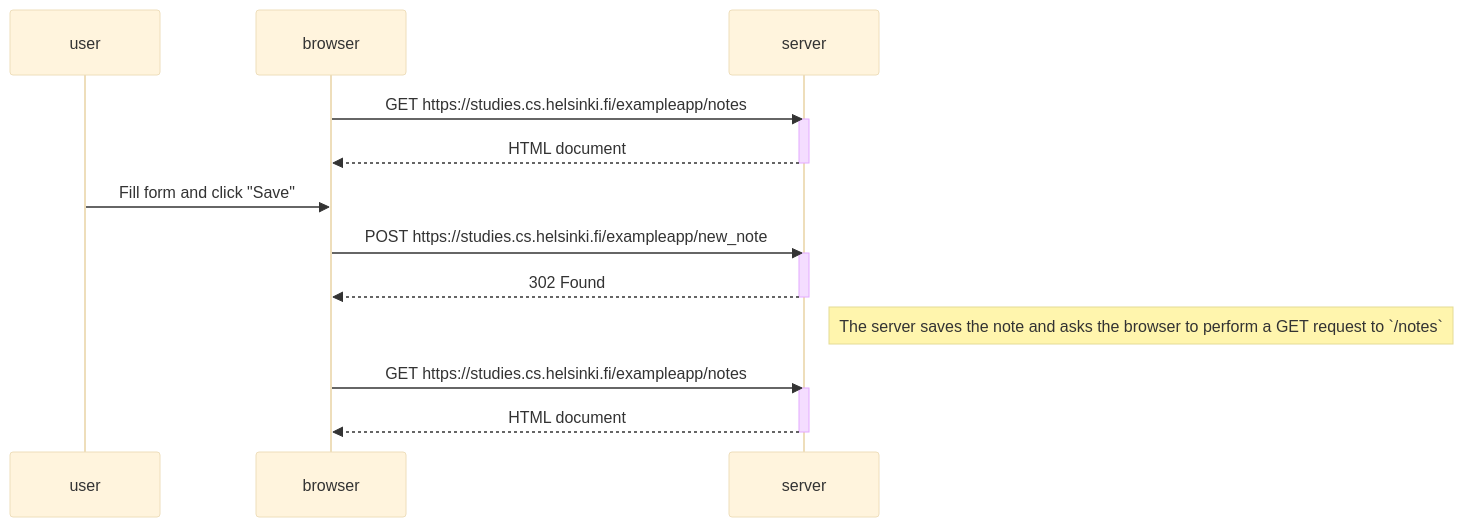
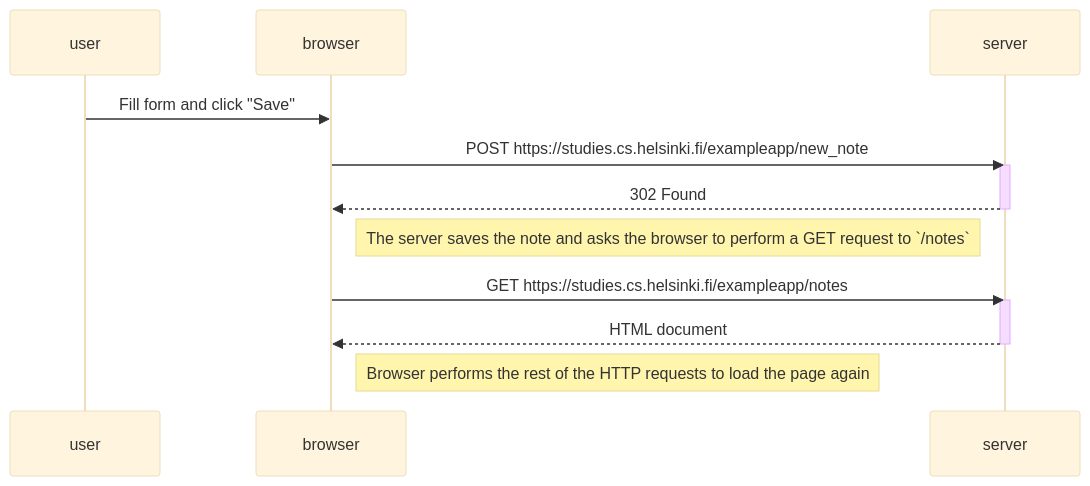
One commit to diegogv97/React-Full-Stack-Course changed the diagram in part0/exercise0.4.md. Above: the diagram before and after it, drawn with Mermaid (base theme).

````diff
--- a/part0/exercise0.4.md
+++ b/part0/exercise0.4.md
@@ -1,24 +1,21 @@
 ```mermaid
 sequenceDiagram
     participant user
     participant browser
     participant server
-
-    browser->>server: GET https://studies.cs.helsinki.fi/exampleapp/notes
-    activate server
-    server-->>browser: HTML document
-    deactivate server
 
     user->>browser: Fill form and click "Save"
     browser->>server: POST https://studies.cs.helsinki.fi/exampleapp/new_note
     activate server
     server-->>browser: 302 Found
     deactivate server
 
-    Note right of server: The server saves the note and asks the browser to perform a GET request to `/notes`
+    Note right of browser: The server saves the note and asks the browser to perform a GET request to `/notes`
 
     browser->>server: GET https://studies.cs.helsinki.fi/exampleapp/notes
     activate server
     server-->>browser: HTML document
     deactivate server 
+
+    Note right of browser: Browser performs the rest of the HTTP requests to load the page again
 ```
````
